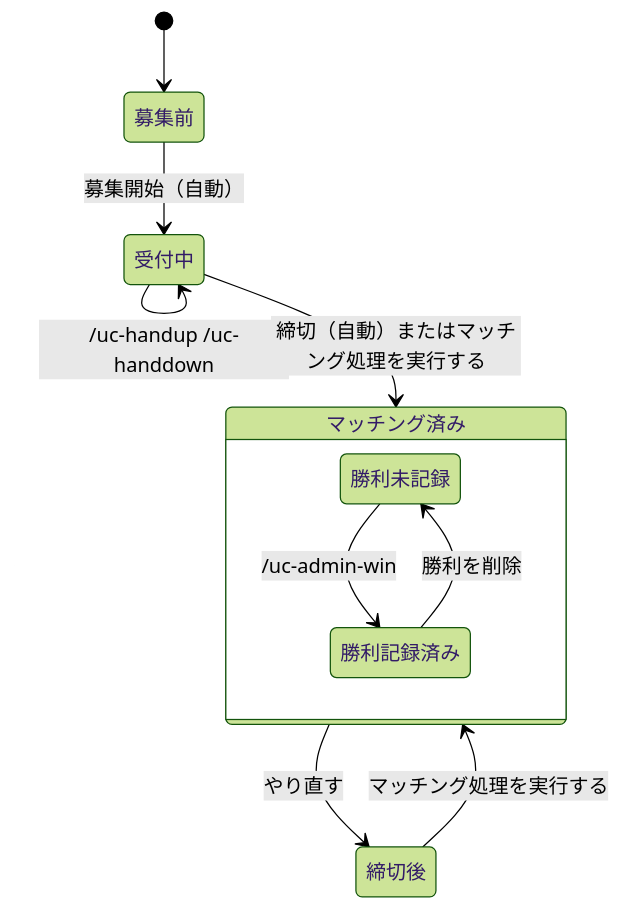
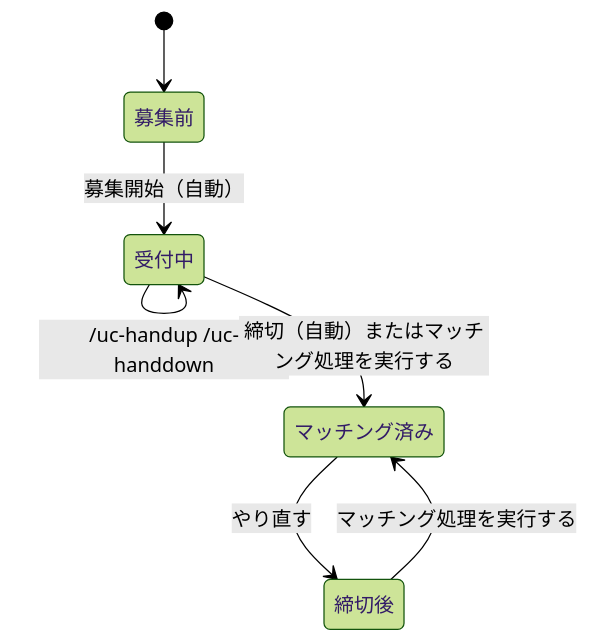
Before and after one commit to SotaTne/discord-bot-uc-2: the diagram in apps/dashboard/src/guide/guide.md, drawn with Mermaid (forest theme). The commit also changed other lines of this file and 92 other files, not shown here.

````diff
--- a/apps/dashboard/src/guide/guide.md
+++ b/apps/dashboard/src/guide/guide.md
@@ -9,13 +9,9 @@
 ```mermaid
 stateDiagram-v2
   [*] --> 募集前
   募集前 --> 受付中: 募集開始（自動）
   受付中 --> 受付中: /uc-handup /uc-handdown
   受付中 --> マッチング済み: 締切（自動）またはマッチング処理を実行する
   締切後 --> マッチング済み: マッチング処理を実行する
-  state マッチング済み {
-    勝利未記録 --> 勝利記録済み: /uc-admin-win
-    勝利記録済み --> 勝利未記録: 勝利を削除
-  }
   マッチング済み --> 締切後: やり直す
 ```
````
